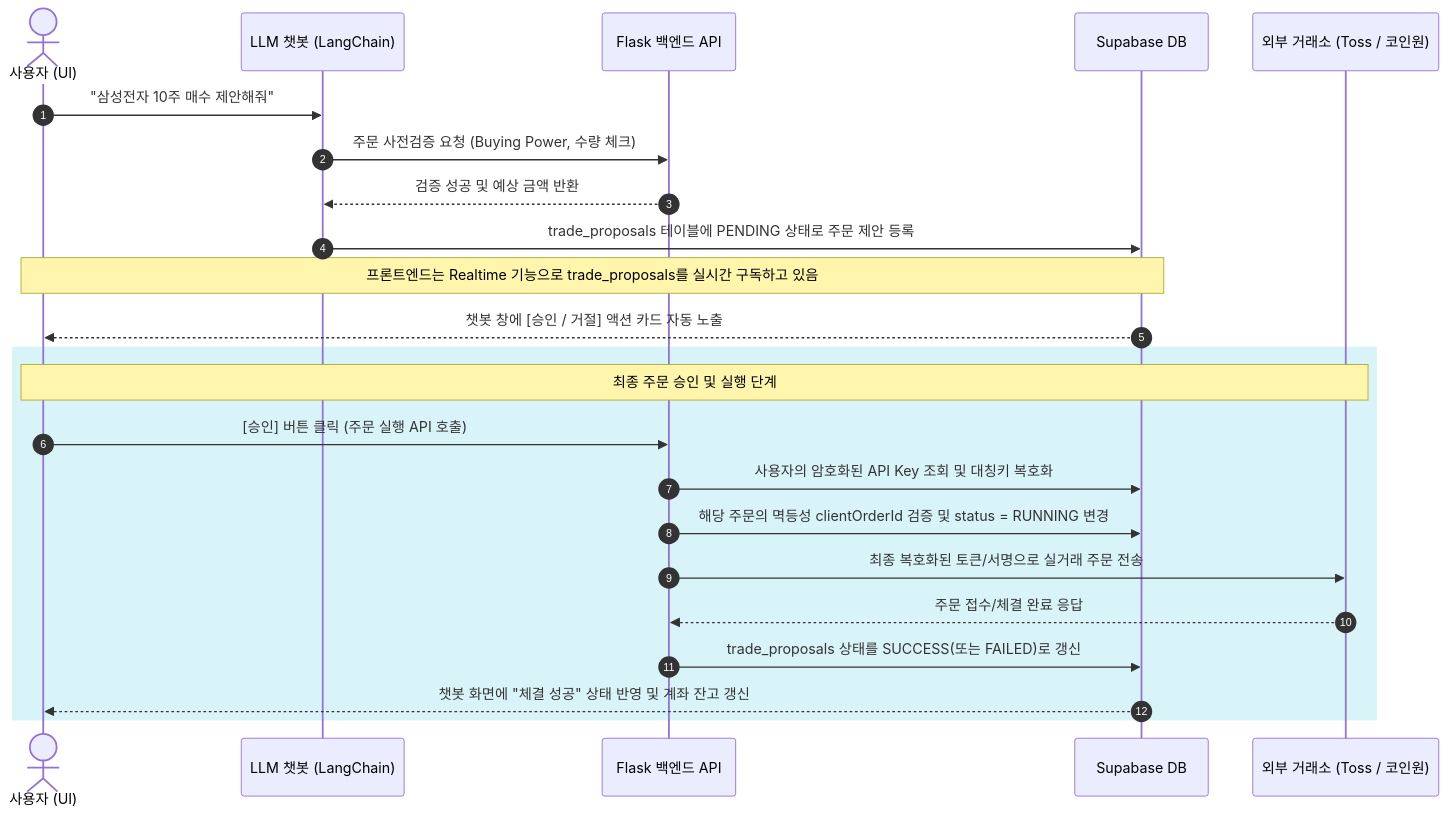
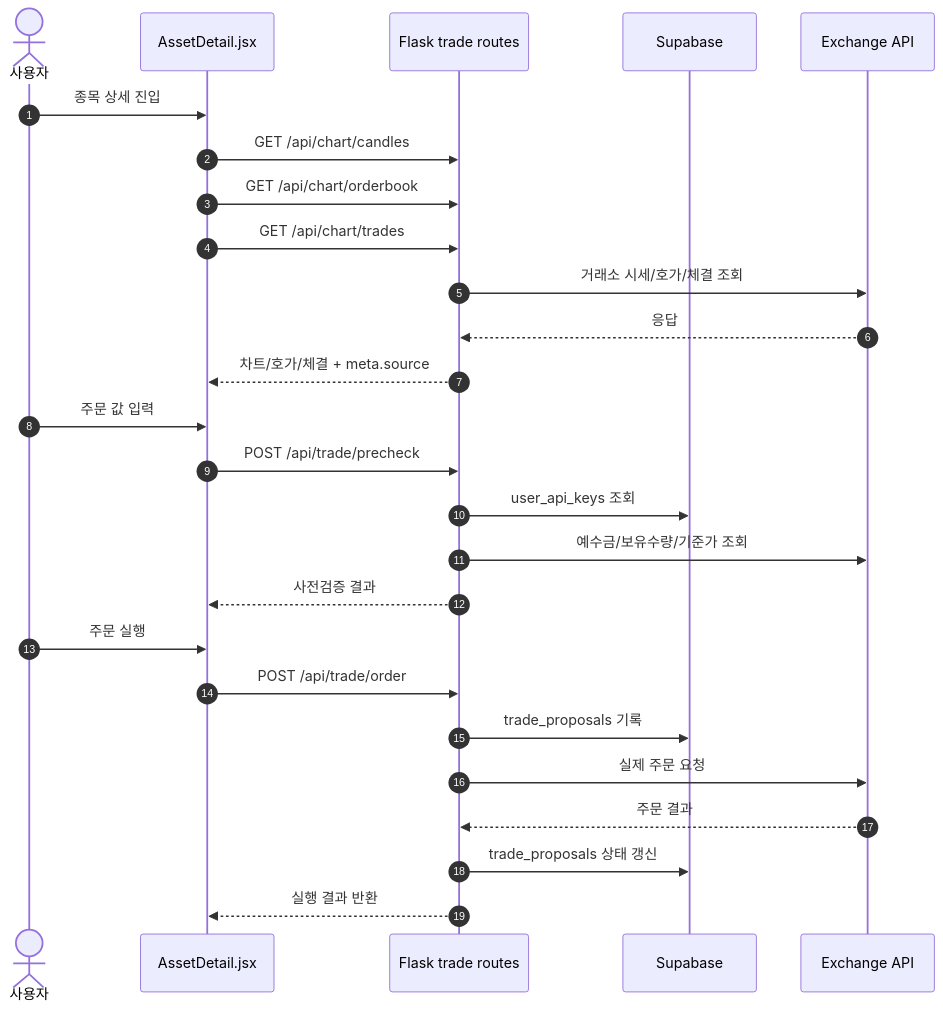
Before and after one commit to Grand-slam-project/Trading: the second of 4 diagrams in system_workflow.md, drawn with Mermaid. The commit also changed other lines of this file and 25 other files, not shown here.

````diff
--- a/system_workflow.md
+++ b/system_workflow.md
@@ -73,27 +107,31 @@
 ```mermaid
 sequenceDiagram
     autonumber
-    actor User as 사용자 (UI)
-    participant Chatbot as LLM 챗봇 (LangChain)
-    participant Flask as Flask 백엔드 API
-    participant DB as Supabase DB
-    participant Exchange as 외부 거래소 (Toss / 코인원)
+    actor User as 사용자
+    participant FE as AssetDetail.jsx
+    participant API as Flask trade routes
+    participant SB as Supabase
+    participant EX as Exchange API
 
-    User->>Chatbot: "삼성전자 10주 매수 제안해줘"
-    Chatbot->>Flask: 주문 사전검증 요청 (Buying Power, 수량 체크)
-    Flask-->>Chatbot: 검증 성공 및 예상 금액 반환
-    Chatbot->>DB: trade_proposals 테이블에 PENDING 상태로 주문 제안 등록
-    Note over User, DB: 프론트엔드는 Realtime 기능으로 trade_proposals를 실시간 구독하고 있음
-    DB-->>User: 챗봇 창에 [승인 / 거절] 액션 카드 자동 노출
-    
-    rect rgba(6, 182, 212, 0.15)
-        Note over User, Exchange: 최종 주문 승인 및 실행 단계
-        User->>Flask: [승인] 버튼 클릭 (주문 실행 API 호출)
-        Flask->>DB: 사용자의 암호화된 API Key 조회 및 대칭키 복호화
-        Flask->>DB: 해당 주문의 멱등성 clientOrderId 검증 및 status = RUNNING 변경
-        Flask->>Exchange: 최종 복호화된 토큰/서명으로 실거래 주문 전송
-        Exchange-->>Flask: 주문 접수/체결 완료 응답
-        Flask->>DB: trade_proposals 상태를 SUCCESS(또는 FAILED)로 갱신
-        DB-->>User: 챗봇 화면에 "체결 성공" 상태 반영 및 계좌 잔고 갱신
-    end
+    User->>FE: 종목 상세 진입
+    FE->>API: GET /api/chart/candles
+    FE->>API: GET /api/chart/orderbook
+    FE->>API: GET /api/chart/trades
+    API->>EX: 거래소 시세/호가/체결 조회
+    EX-->>API: 응답
+    API-->>FE: 차트/호가/체결 + meta.source
+
+    User->>FE: 주문 값 입력
+    FE->>API: POST /api/trade/precheck
+    API->>SB: user_api_keys 조회
+    API->>EX: 예수금/보유수량/기준가 조회
+    API-->>FE: 사전검증 결과
+
+    User->>FE: 주문 실행
+    FE->>API: POST /api/trade/order
+    API->>SB: trade_proposals 기록
+    API->>EX: 실제 주문 요청
+    EX-->>API: 주문 결과
+    API->>SB: trade_proposals 상태 갱신
+    API-->>FE: 실행 결과 반환
 ```
````
